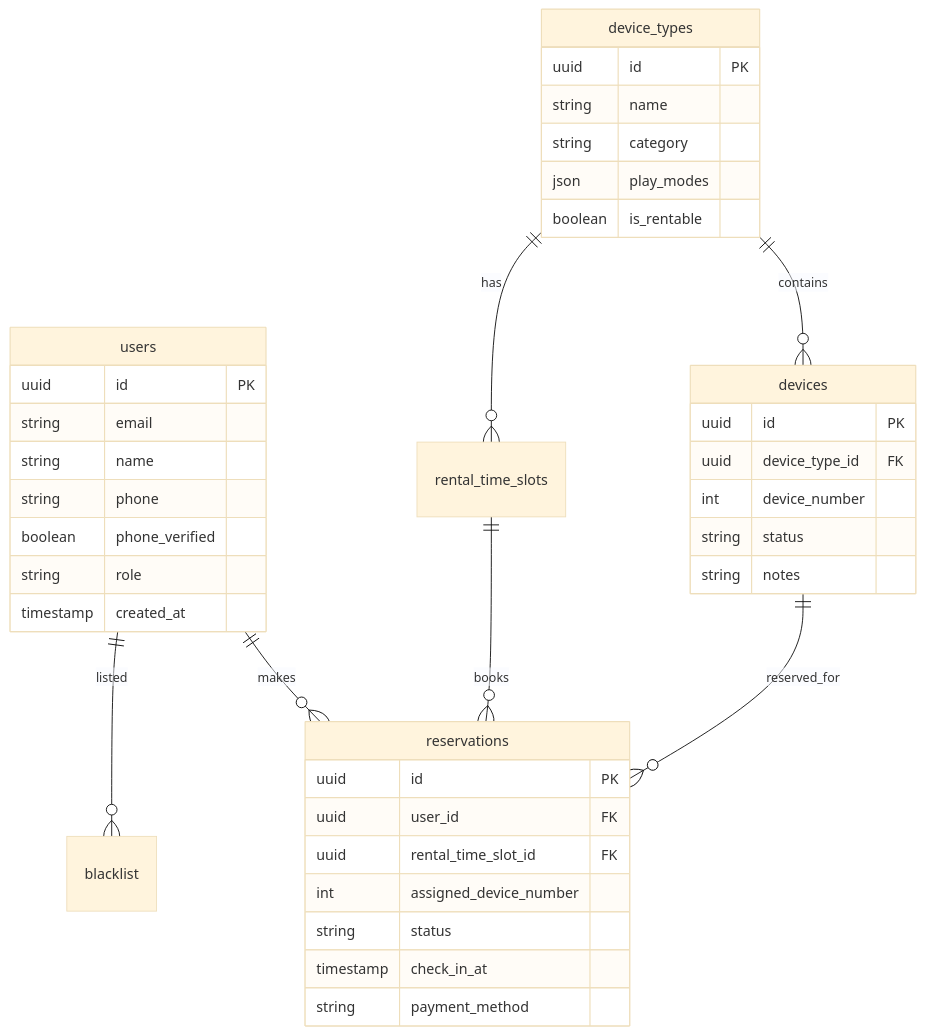
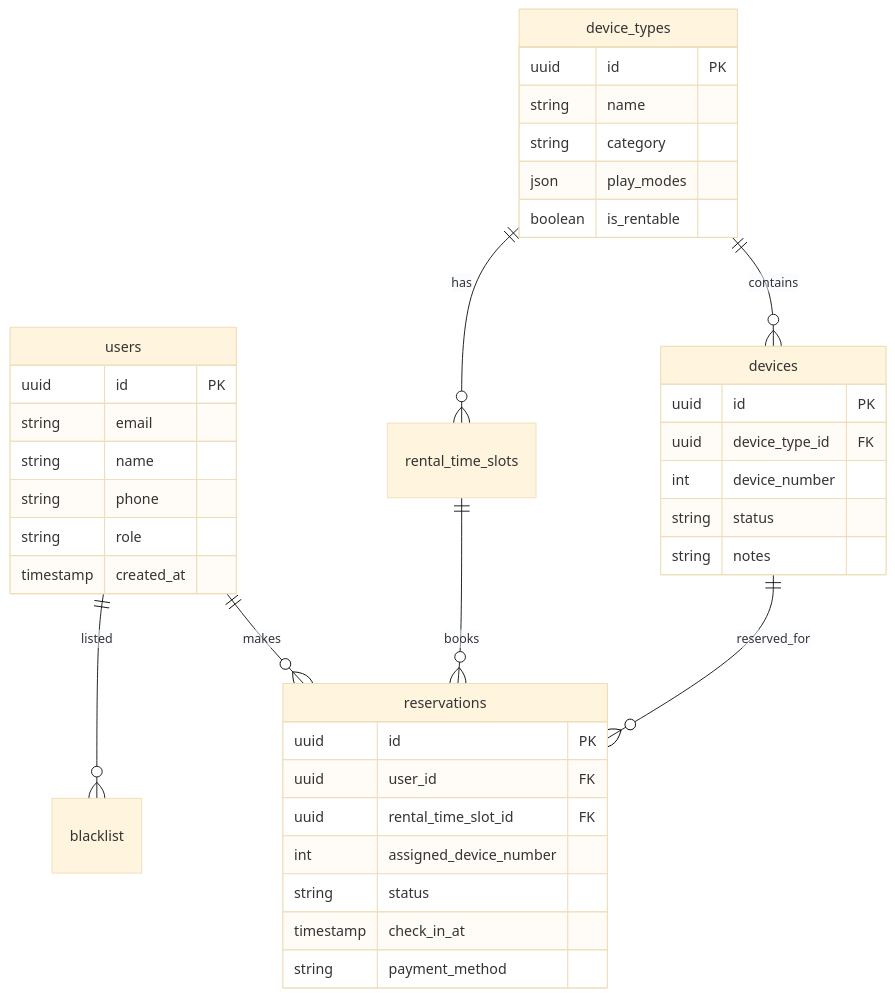
The second of 2 diagrams in docs/technical/architecture.md (hohihiho/gameplaza-booking-v2), drawn with Mermaid (base theme) before and after one commit. The commit also changed other lines of this file and 127 other files, not shown here.

````diff
--- a/docs/technical/architecture.md
+++ b/docs/technical/architecture.md
@@ -189,45 +185,44 @@
 ```mermaid
 erDiagram
     users ||--o{ reservations : makes
     users ||--o{ blacklist : listed
     device_types ||--o{ devices : contains
     device_types ||--o{ rental_time_slots : has
     devices ||--o{ reservations : reserved_for
     rental_time_slots ||--o{ reservations : books
     
     users {
         uuid id PK
         string email
         string name
         string phone
-        boolean phone_verified
         string role
         timestamp created_at
     }
     
     device_types {
         uuid id PK
         string name
         string category
         json play_modes
         boolean is_rentable
     }
     
     devices {
         uuid id PK
         uuid device_type_id FK
         int device_number
         string status
         string notes
     }
     
     reservations {
         uuid id PK
         uuid user_id FK
         uuid rental_time_slot_id FK
         int assigned_device_number
         string status
         timestamp check_in_at
         string payment_method
     }
 ```
````
